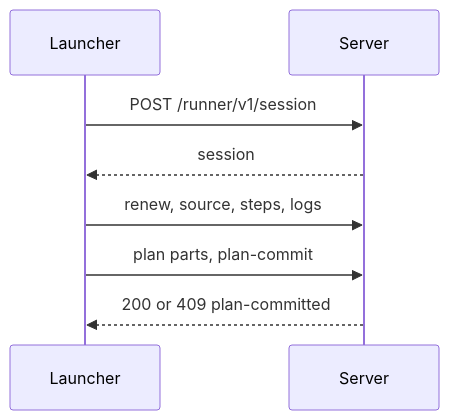
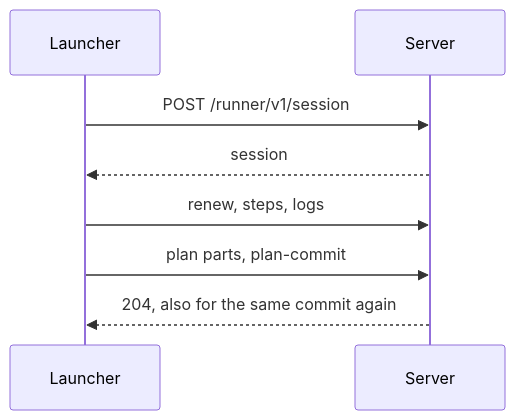
The first of 5 diagrams in openspec/changes/add-job-session-paths-runner-2/design.md (OpenDustpan/OpenDustpan), drawn with Mermaid before and after one commit. The commit also changed other lines of this file and 3 other files, not shown here.

````diff
--- a/openspec/changes/add-job-session-paths-runner-2/design.md
+++ b/openspec/changes/add-job-session-paths-runner-2/design.md
@@ -50,10 +52,10 @@
 ```mermaid
 sequenceDiagram
  participant L as Launcher
  participant S as Server
  L->>S: POST /runner/v1/session
  S-->>L: session
- L->>S: renew, source, steps, logs
+ L->>S: renew, steps, logs
  L->>S: plan parts, plan-commit
- S-->>L: 200 or 409 plan-committed
+ S-->>L: 204, also for the same commit again
 ```
````
